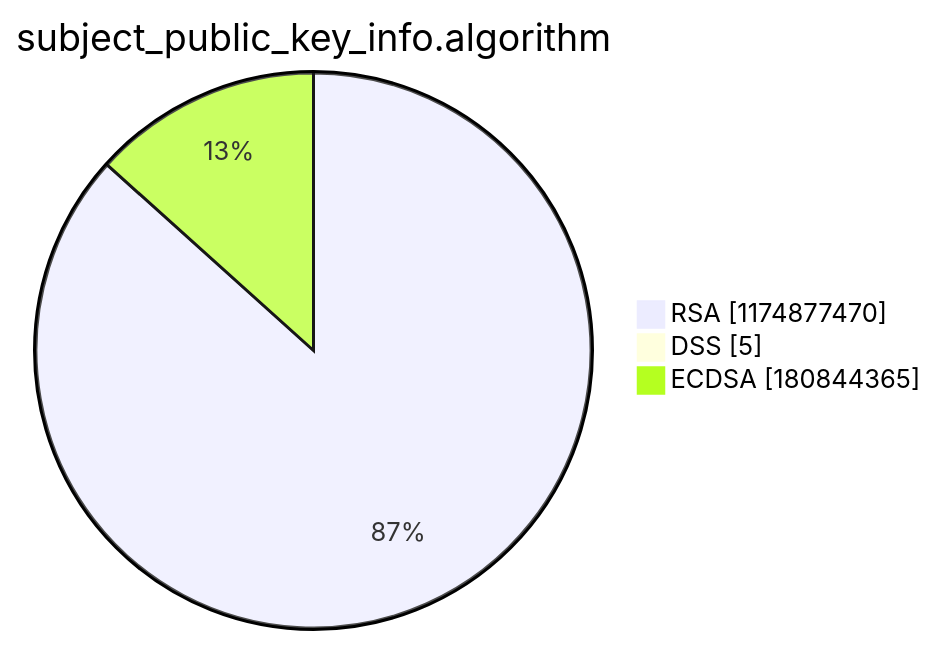
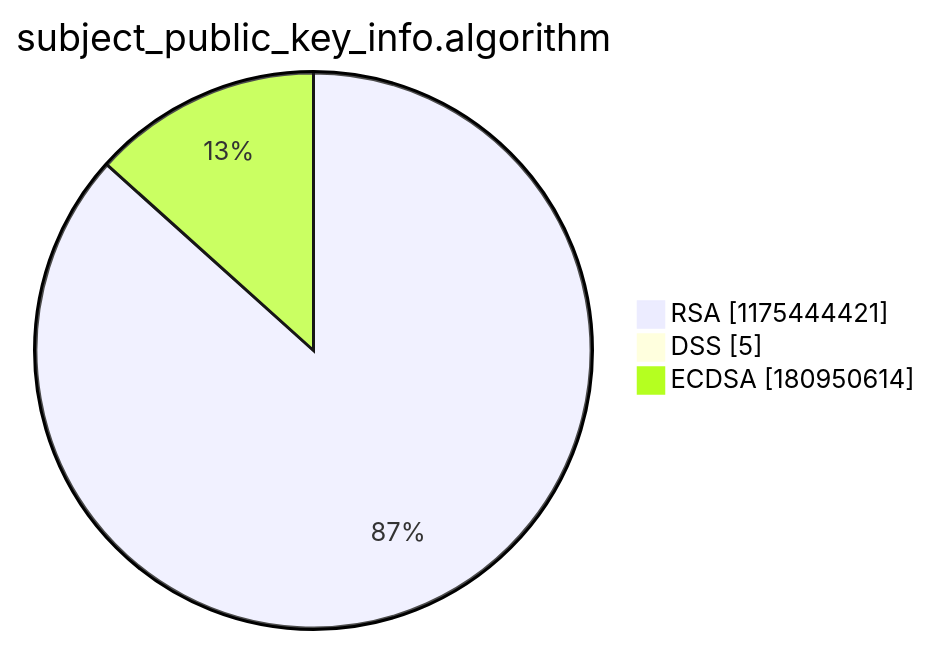
Before and after one commit to christiankrug/ctmonitor_visualization: the third of 15 diagrams in argon2022/README.md, drawn with Mermaid. The commit also changed other lines of this file, not shown here.

````diff
--- a/argon2022/README.md
+++ b/argon2022/README.md
@@ -14,7 +14,7 @@
 ```mermaid
 pie showData
 title subject_public_key_info.algorithm
-"RSA" :1174877470
+"RSA" :1175444421
 "DSS" :5
-"ECDSA" :180844365
+"ECDSA" :180950614
 ```
````
